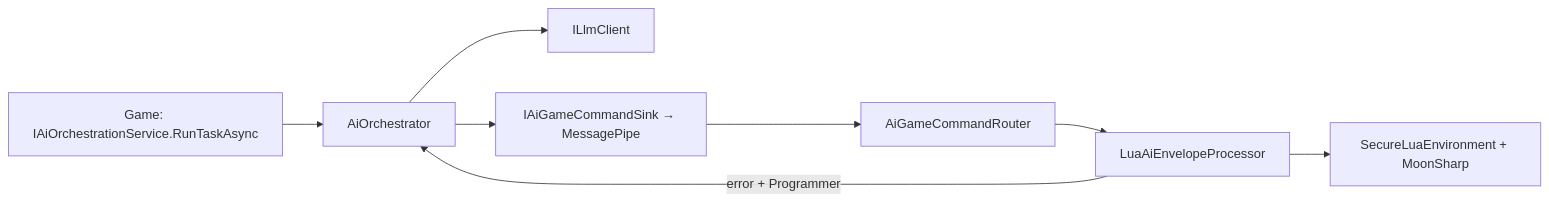
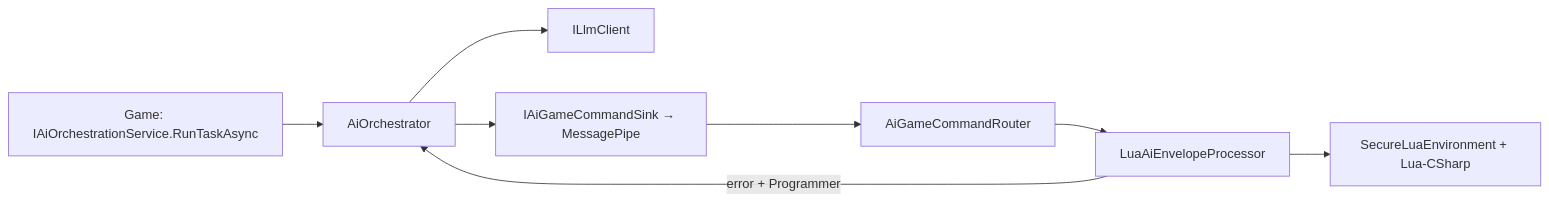
Before and after one commit to NeoXider/CoreAI: the diagram in Assets/CoreAiUnity/Docs/DEVELOPER_GUIDE.md, drawn with Mermaid. The commit also changed other lines of this file and 34 other files, not shown here.

First line of the commit message:
docs: align all documentation with the Lua-CSharp-only runtime

````diff
--- a/Assets/CoreAiUnity/Docs/DEVELOPER_GUIDE.md
+++ b/Assets/CoreAiUnity/Docs/DEVELOPER_GUIDE.md
@@ -80,17 +80,17 @@
 ```mermaid
 flowchart LR
   Game["Game: IAiOrchestrationService.RunTaskAsync"]
   Orch["AiOrchestrator"]
   LLM["ILlmClient"]
   Sink["IAiGameCommandSink → MessagePipe"]
   Router["AiGameCommandRouter"]
   LuaP["LuaAiEnvelopeProcessor"]
-  Lua["SecureLuaEnvironment + MoonSharp"]
+  Lua["SecureLuaEnvironment + Lua-CSharp"]
   Game --> Orch
   Orch --> LLM
   Orch --> Sink
   Sink --> Router
   Router --> LuaP
   LuaP --> Lua
   LuaP -->|"error + Programmer"| Orch
 ```
````
